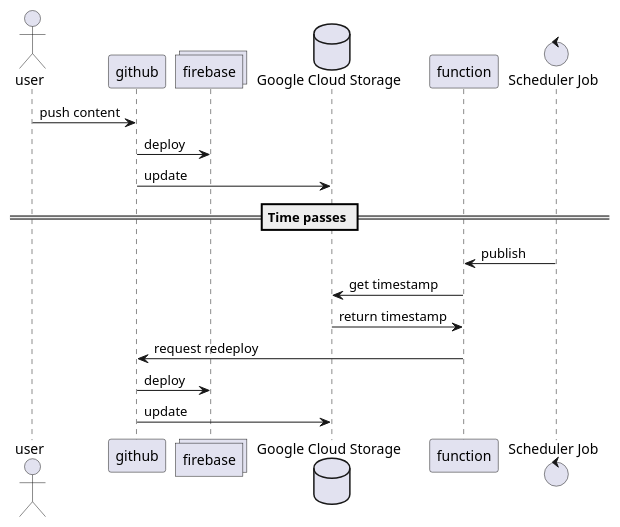
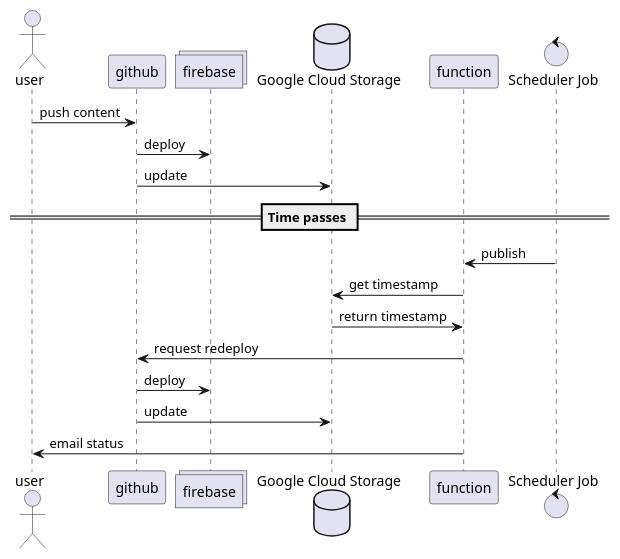
The diagram in docs/flow.puml (mhhollomon/gcp-site-redeploy-function), drawn with PlantUML before and after one commit. The commit also changed 2 other files, not shown here.

Commit message:
Add email step to flow

```diff
--- a/docs/flow.puml
+++ b/docs/flow.puml
@@ -1,25 +1,26 @@
 @startuml
 
 actor user
 participant github
 collections firebase
 database bucket as "Google Cloud Storage"
 participant function
 control job as "Scheduler Job"
 
 
 
 user -> github : push content
 github -> firebase : deploy
 github -> bucket : update
 
 == Time passes ==
 
 job -> function : publish
 function -> bucket : get timestamp
 bucket -> function : return timestamp
 function -> github : request redeploy
 github -> firebase : deploy
 github -> bucket : update
+function -> user : email status
 
 @enduml
```
